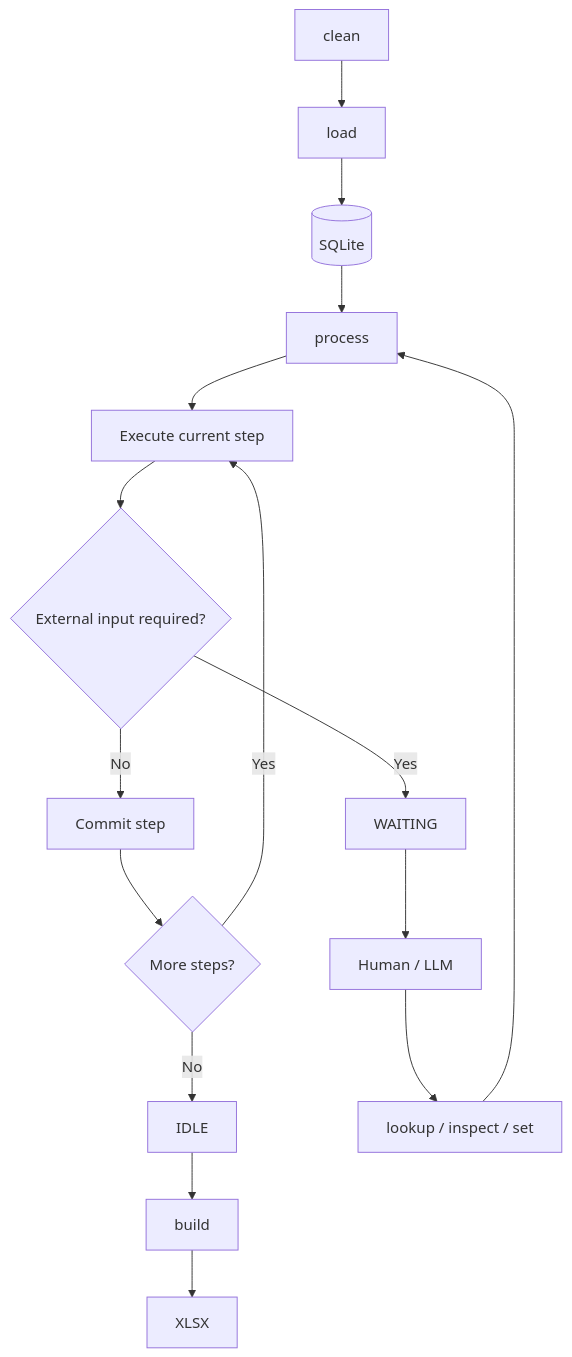
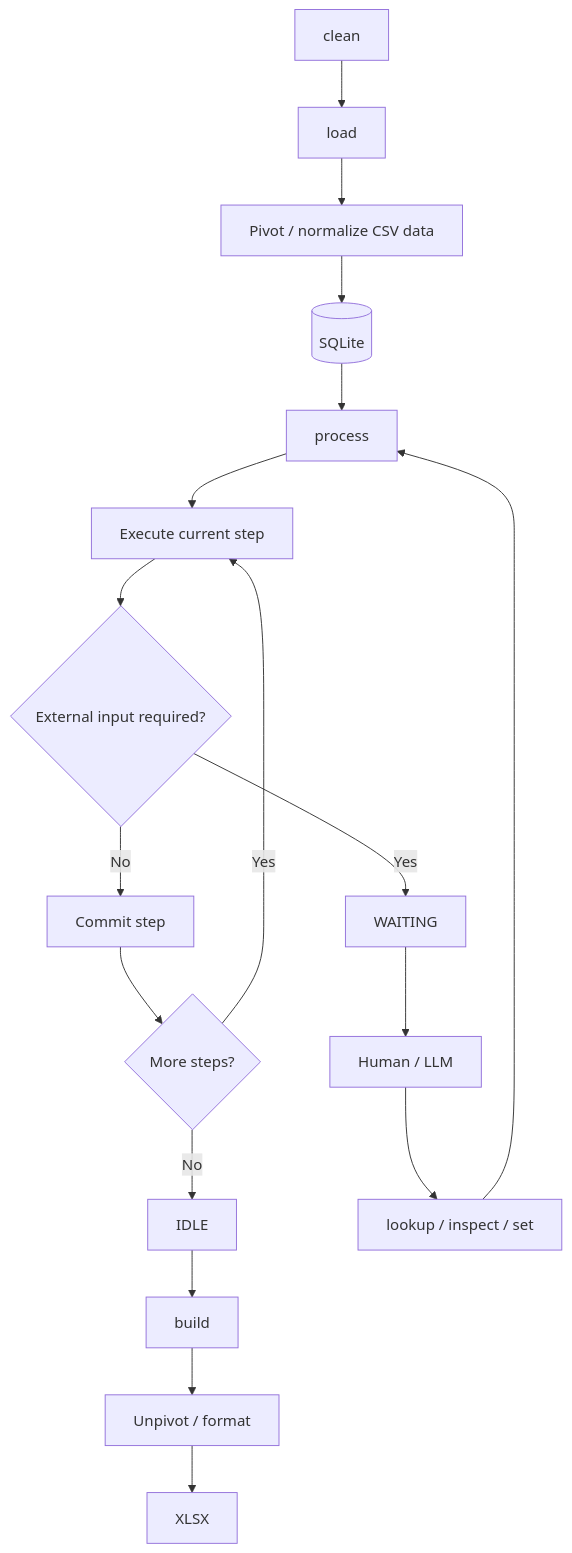
The diagram in processing.md (techzilla/PromptContext), drawn with Mermaid before and after one commit. The commit also changed other lines of this file, not shown here.

````diff
--- a/processing.md
+++ b/processing.md
@@ -7,23 +5,25 @@
 ```mermaid
 flowchart TD
     A[clean] --> B[load]
-    B --> C[(SQLite)]
+    B --> C[Pivot / normalize CSV data]
+    C --> D[(SQLite)]
 
-    C --> D[process]
-    D --> E[Execute current step]
+    D --> E[process]
+    E --> F[Execute current step]
 
-    E --> F{External input required?}
+    F --> G{External input required?}
 
-    F -->|No| G[Commit step]
-    G --> H{More steps?}
-    H -->|Yes| E
-    H -->|No| I[IDLE]
+    G -->|No| H[Commit step]
+    H --> I{More steps?}
+    I -->|Yes| F
+    I -->|No| J[IDLE]
 
-    F -->|Yes| J[WAITING]
-    J --> K[Human / LLM]
-    K --> L[lookup / inspect / set]
-    L --> D
+    G -->|Yes| K[WAITING]
+    K --> L[Human / LLM]
+    L --> M[lookup / inspect / set]
+    M --> E
 
-    I --> M[build]
-    M --> N[XLSX]
+    J --> N[build]
+    N --> O[Unpivot / format]
+    O --> P[XLSX]
 ```
````
